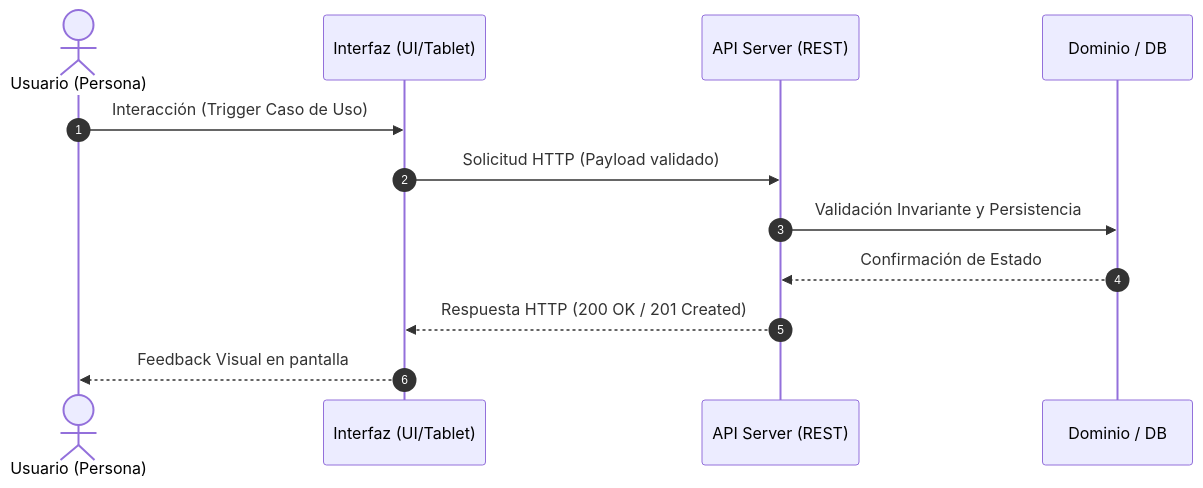
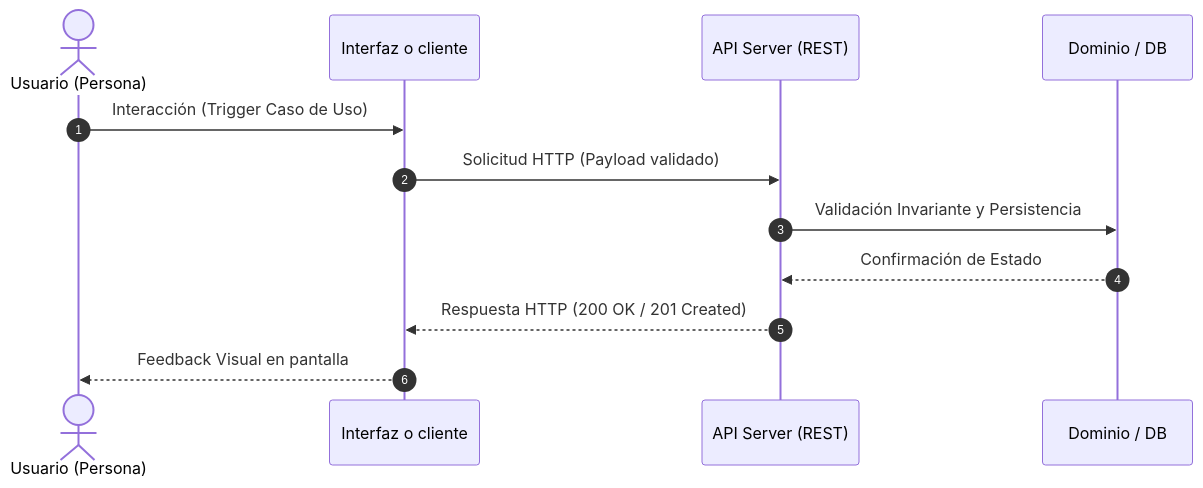
One commit to lacruzjd/AI4Devs-finalproject changed the diagram in .agents/skills/specs/01_product_definition/SK-02_generate_prd.md. Above: the diagram before and after it, drawn with Mermaid. The commit also changed other lines of this file and 9 other files, not shown here.

````diff
--- a/.agents/skills/specs/01_product_definition/SK-02_generate_prd.md
+++ b/.agents/skills/specs/01_product_definition/SK-02_generate_prd.md
@@ -94,15 +94,15 @@
 ```mermaid
 sequenceDiagram
     autonumber
     actor U as Usuario (Persona)
-    participant UI as Interfaz (UI/Tablet)
+    participant UI as Interfaz o cliente
     participant API as API Server (REST)
     participant DB as Dominio / DB
 
     U->>UI: Interacción (Trigger Caso de Uso)
     UI->>API: Solicitud HTTP (Payload validado)
     API->>DB: Validación Invariante y Persistencia
     DB-->>API: Confirmación de Estado
     API-->>UI: Respuesta HTTP (200 OK / 201 Created)
     UI-->>U: Feedback Visual en pantalla
 ```
````
